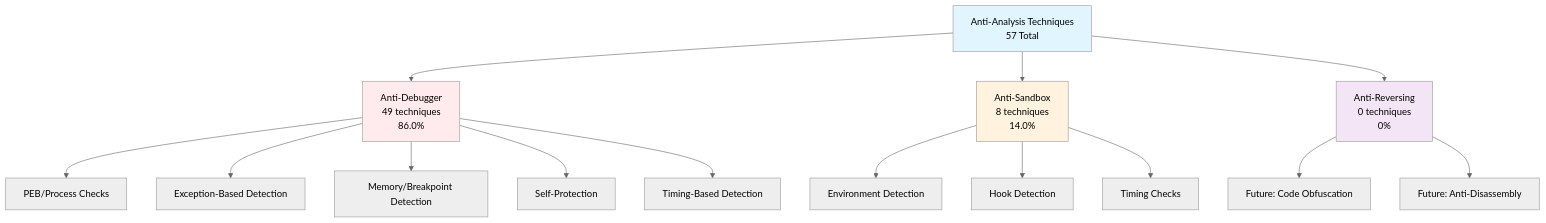
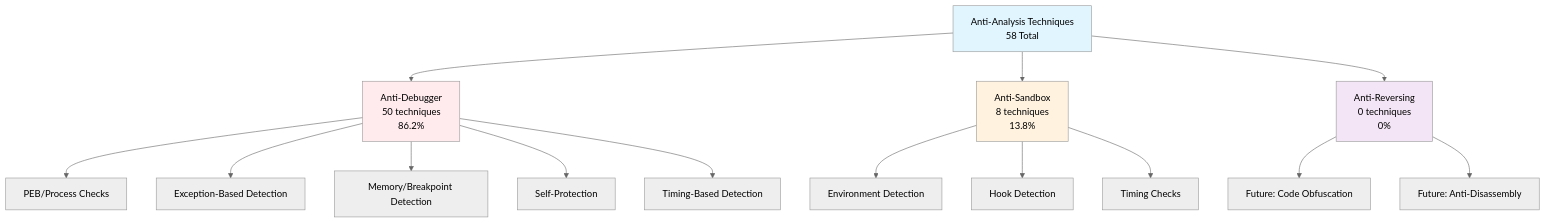
The first of 8 diagrams in docs/diagrams/taxonomy.md (mabj/anti), drawn with Mermaid (neutral theme) before and after one commit. The commit also changed other lines of this file and 7 other files, not shown here.

Commit message:
Adding new anti-debugger technique AD050.

````diff
--- a/docs/diagrams/taxonomy.md
+++ b/docs/diagrams/taxonomy.md
@@ -7,24 +7,24 @@
 ```mermaid
 graph TB
-    A[Anti-Analysis Techniques<br/>57 Total] --> B[Anti-Debugger<br/>49 techniques<br/>86.0%]
-    A --> C[Anti-Sandbox<br/>8 techniques<br/>14.0%]
+    A[Anti-Analysis Techniques<br/>58 Total] --> B[Anti-Debugger<br/>50 techniques<br/>86.2%]
+    A --> C[Anti-Sandbox<br/>8 techniques<br/>13.8%]
     A --> D[Anti-Reversing<br/>0 techniques<br/>0%]
 
     B --> B1[PEB/Process Checks]
     B --> B2[Exception-Based Detection]
     B --> B3[Memory/Breakpoint Detection]
     B --> B4[Self-Protection]
     B --> B5[Timing-Based Detection]
 
     C --> C1[Environment Detection]
     C --> C2[Hook Detection]
     C --> C3[Timing Checks]
 
     D --> D1[Future: Code Obfuscation]
     D --> D2[Future: Anti-Disassembly]
 
     style A fill:#e1f5ff
     style B fill:#ffebee
     style C fill:#fff3e0
     style D fill:#f3e5f5
 ```
````
